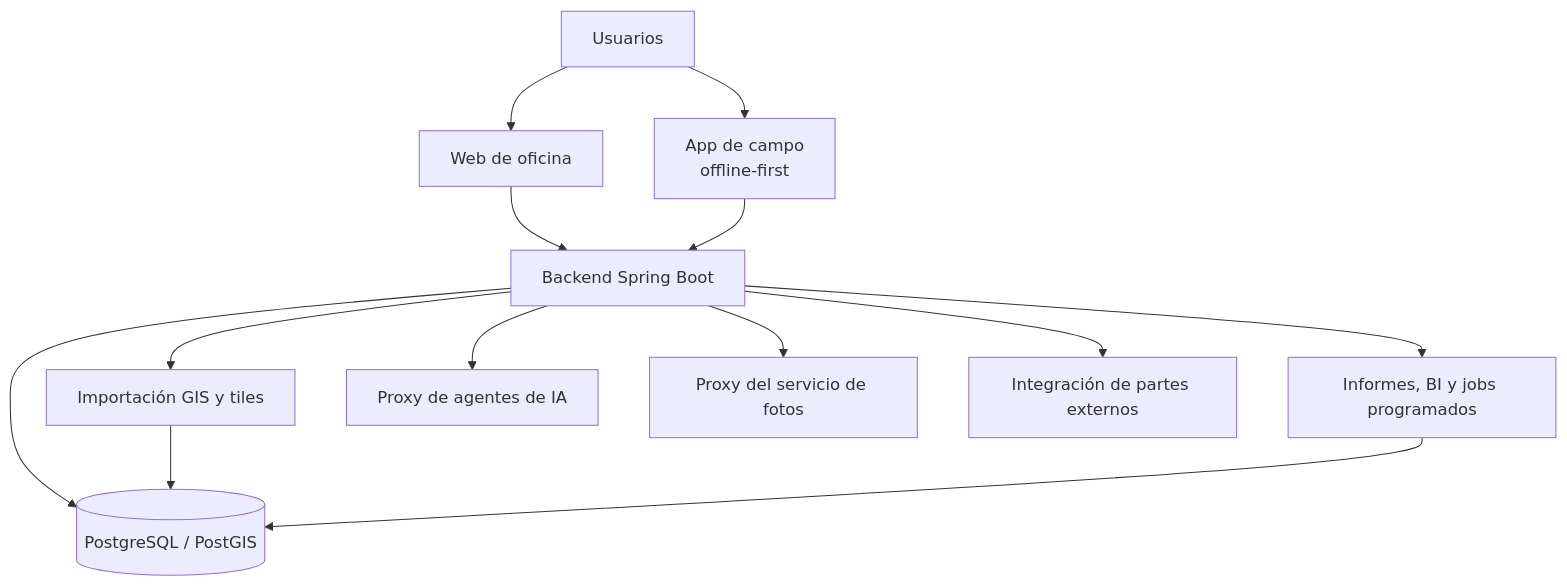
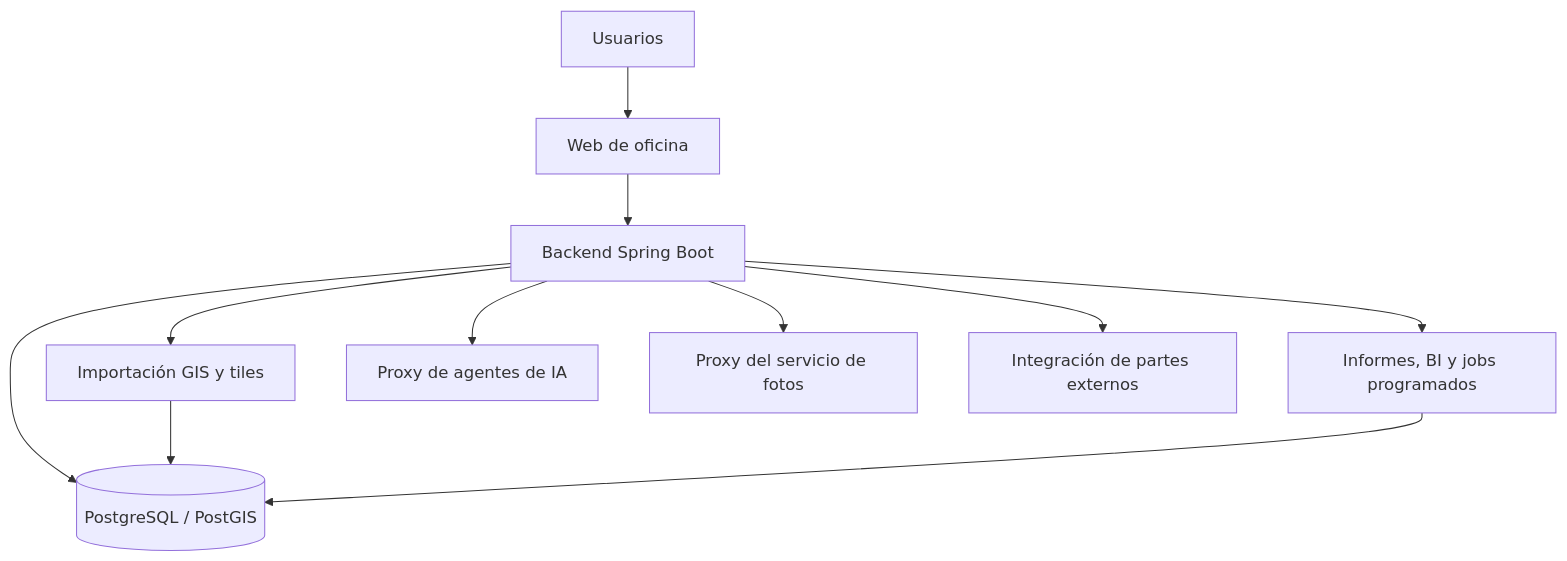
One commit to rabiiie/rsamadi-portfolio changed the first of 3 diagrams in architecture/appfibra-architecture.md. Above: the diagram before and after it, drawn with Mermaid. The commit also changed other lines of this file and 2 other files, not shown here.

Commit message:
appfibra: la app de campo sale de los diagramas, del stack y de las decisiones

````diff
--- a/architecture/appfibra-architecture.md
+++ b/architecture/appfibra-architecture.md
@@ -7,18 +7,16 @@
 ```mermaid
 flowchart TB
     Users["Usuarios"] --> Web["Web de oficina"]
-    Users --> Mobile["App de campo<br/>offline-first"]
 
     Web --> API["Backend Spring Boot"]
-    Mobile --> API
 
     API --> DB[("PostgreSQL / PostGIS")]
     API --> GIS["Importación GIS y tiles"]
     API --> BI["Informes, BI y jobs programados"]
     API --> Agent["Proxy de agentes de IA"]
     API --> Photo["Proxy del servicio de fotos"]
     API --> Ext["Integración de partes externos"]
 
     GIS --> DB
     BI --> DB
 ```
````
